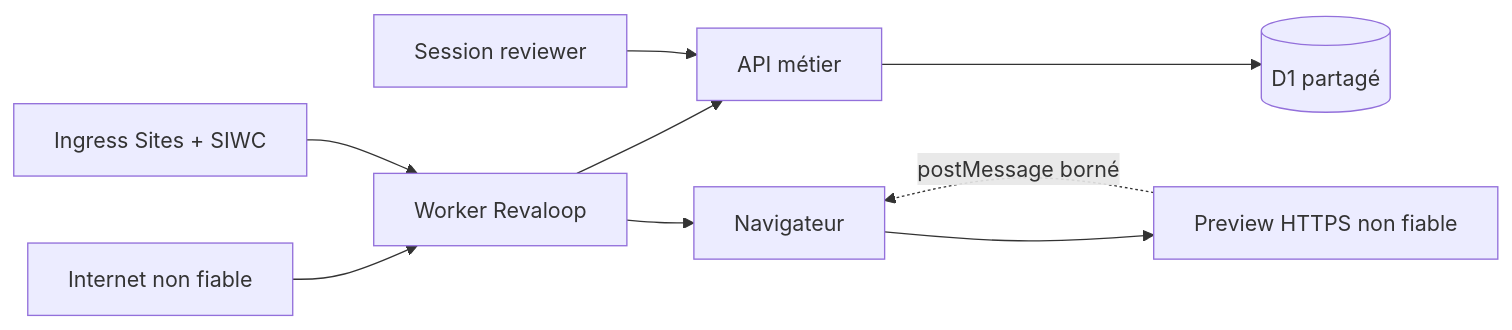
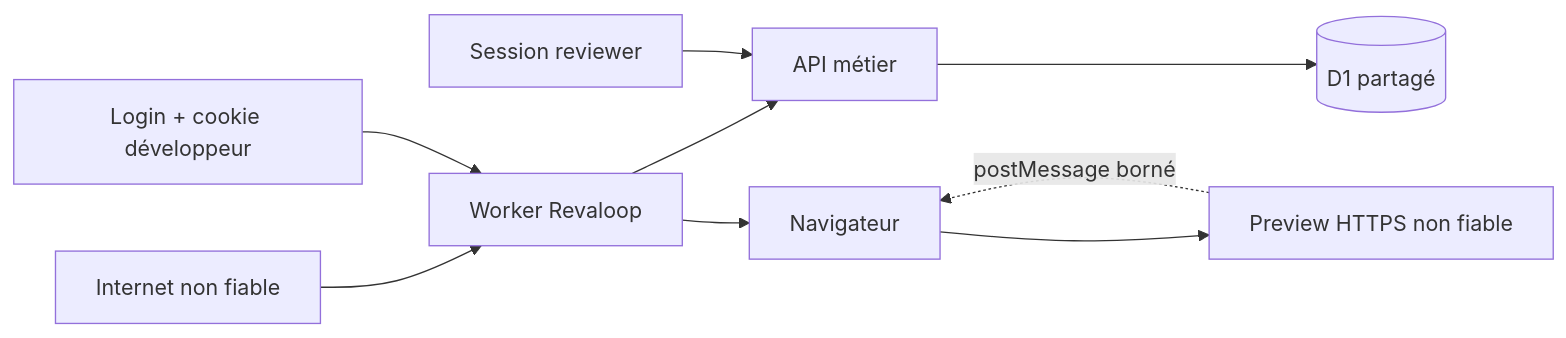
The first of 2 diagrams in docs/THREAT_MODEL.md (rfielbal/Revaloop), drawn with Mermaid before and after one commit. The commit also changed other lines of this file and 55 other files, not shown here.

````diff
--- a/docs/THREAT_MODEL.md
+++ b/docs/THREAT_MODEL.md
@@ -68,11 +74,11 @@
 ```mermaid
 flowchart LR
     internet["Internet non fiable"] --> worker["Worker Revaloop"]
-    sites["Ingress Sites + SIWC"] --> worker
+    auth["Login + cookie développeur"] --> worker
     worker --> api["API métier"]
     api --> d1[("D1 partagé")]
     reviewer["Session reviewer"] --> api
     worker --> browser["Navigateur"]
     browser --> preview["Preview HTTPS non fiable"]
     preview -. "postMessage borné" .-> browser
 ```
````
